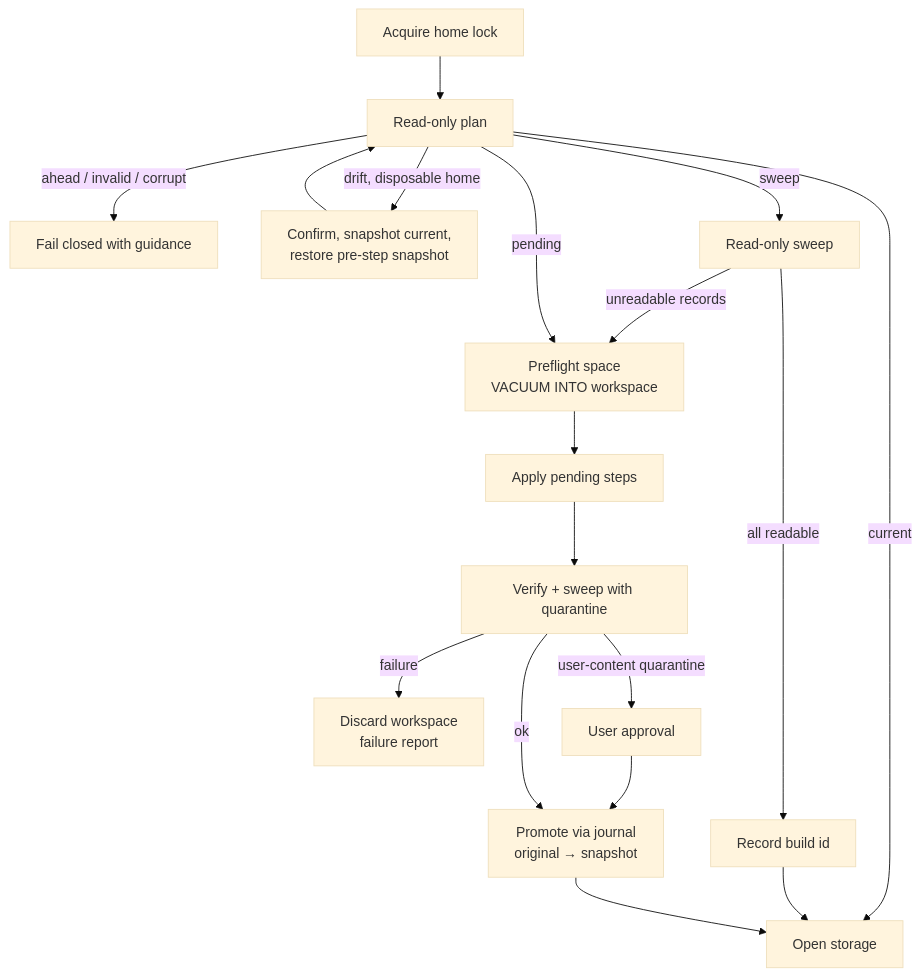
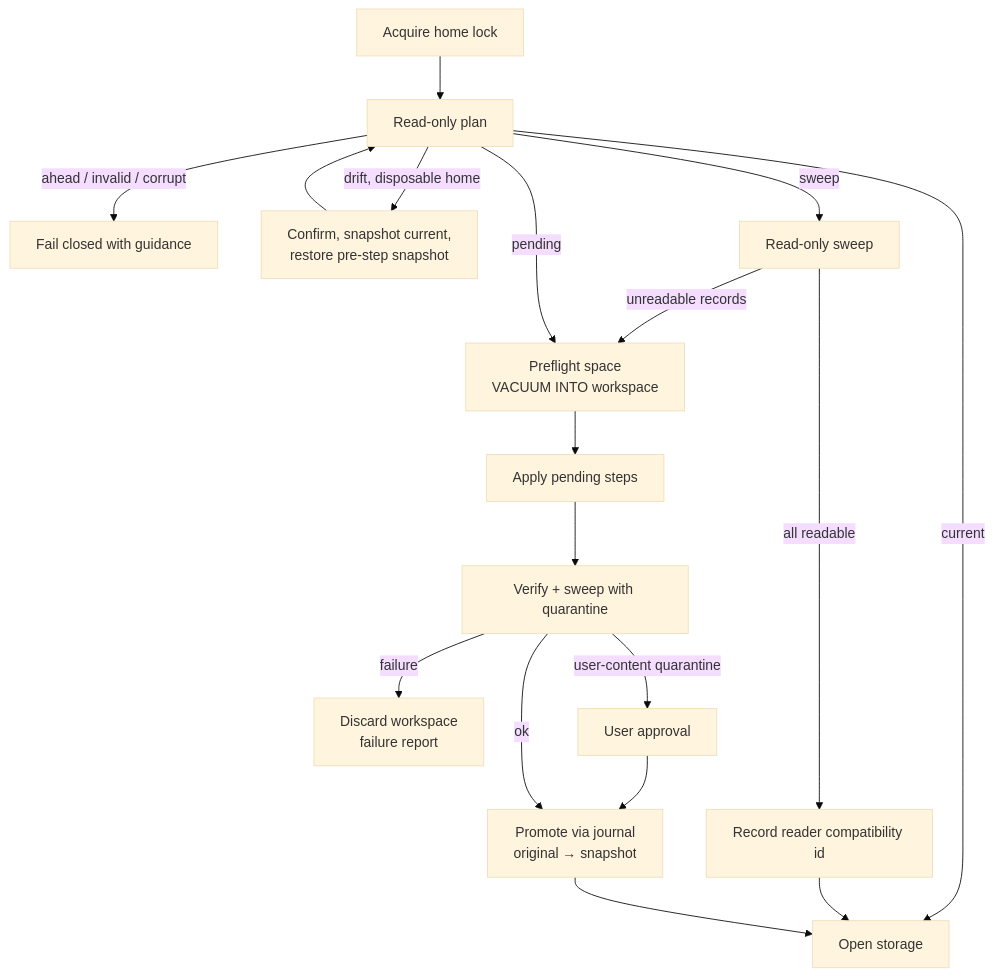
Before and after one commit to ThilinaTLM/nerve: the diagram in docs/proposals/storage-migration-framework.md, drawn with Mermaid (base theme). The commit also changed other lines of this file and 25 other files, not shown here.

````diff
--- a/docs/proposals/storage-migration-framework.md
+++ b/docs/proposals/storage-migration-framework.md
@@ -191,17 +191,17 @@
 ```mermaid
 flowchart TD
   L[Acquire home lock] --> I[Read-only plan]
   I -->|current| O[Open storage]
   I -->|ahead / invalid / corrupt| F[Fail closed with guidance]
   I -->|drift, disposable home| D[Confirm, snapshot current,<br/>restore pre-step snapshot] --> I
   I -->|sweep| RS[Read-only sweep]
-  RS -->|all readable| RC[Record build id] --> O
+  RS -->|all readable| RC[Record reader compatibility id] --> O
   RS -->|unreadable records| W
   I -->|pending| W[Preflight space<br/>VACUUM INTO workspace]
   W --> E[Apply pending steps]
   E --> V[Verify + sweep with quarantine]
   V -->|failure| X[Discard workspace<br/>failure report]
   V -->|user-content quarantine| A[User approval] --> P
   V -->|ok| P[Promote via journal<br/>original → snapshot]
   P --> O
 ```
````
